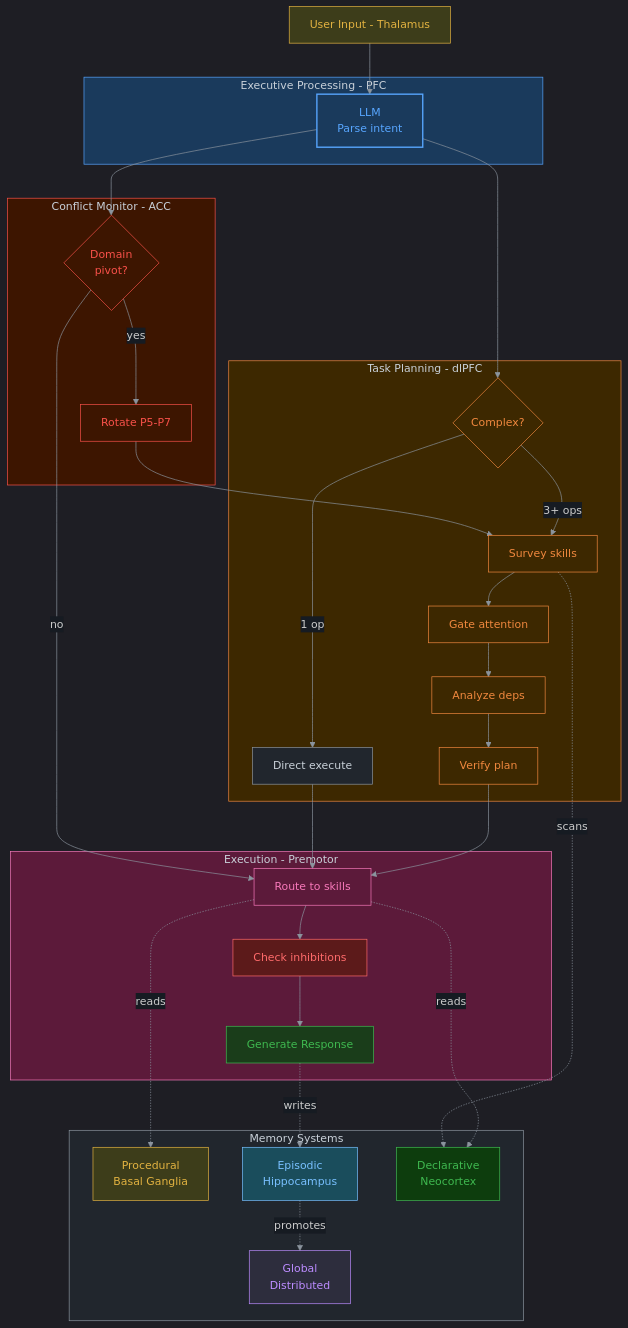
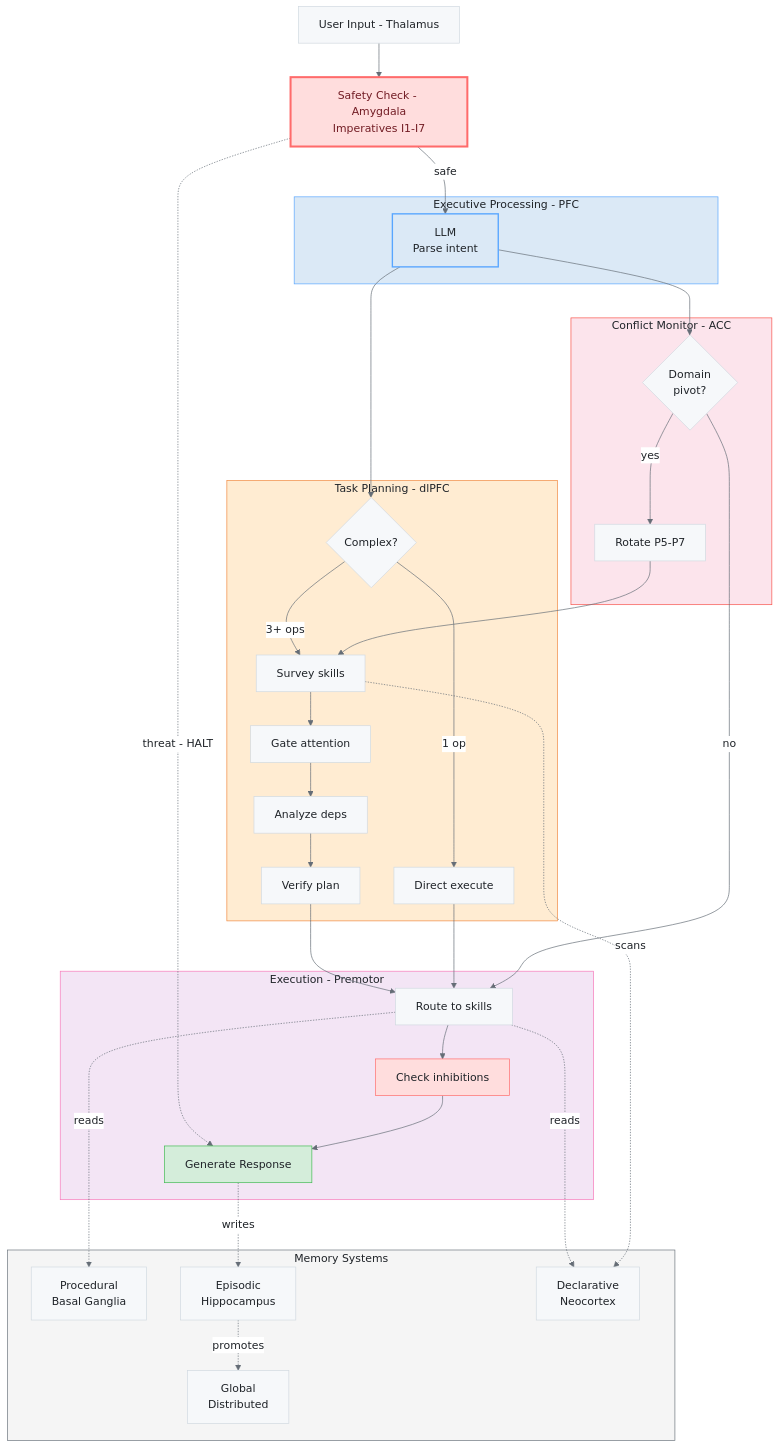
Before and after one commit to fabioc-aloha/Alex_Plug_In: the second of 3 diagrams in alex_docs/architecture/NEUROANATOMICAL-MAPPING.md, drawn with Mermaid. The commit also changed other lines of this file, not shown here.

First line of the commit message:
fix: revert Mermaid to readable light theme, add amygdala to diagrams

````diff
--- a/alex_docs/architecture/NEUROANATOMICAL-MAPPING.md
+++ b/alex_docs/architecture/NEUROANATOMICAL-MAPPING.md
@@ -402,77 +395,67 @@
 ```mermaid
-%%{init: {'theme': 'dark', 'themeVariables': { 'primaryColor': '#161b22', 'primaryTextColor': '#c9d1d9', 'primaryBorderColor': '#30363d', 'lineColor': '#8b949e', 'secondaryColor': '#21262d', 'tertiaryColor': '#0d1117', 'background': '#0d1117', 'mainBkg': '#161b22', 'nodeBorder': '#30363d', 'clusterBkg': '#161b22', 'clusterBorder': '#30363d', 'titleColor': '#f0f6fc', 'edgeLabelBackground': '#161b22'}}}%%
+%%{init: {'theme': 'base', 'themeVariables': { 'primaryColor': '#f6f8fa', 'primaryTextColor': '#1f2328', 'primaryBorderColor': '#d1d9e0', 'lineColor': '#656d76', 'secondaryColor': '#f6f8fa', 'tertiaryColor': '#ffffff', 'background': '#ffffff', 'mainBkg': '#f6f8fa', 'nodeBorder': '#d1d9e0', 'clusterBkg': '#f6f8fa', 'clusterBorder': '#d1d9e0', 'titleColor': '#1f2328', 'edgeLabelBackground': '#ffffff'}}}%%
 flowchart TB
     INPUT["User Input - Thalamus"]
+    SAFETY["Safety Check - Amygdala<br/>Imperatives I1-I7"]
 
     subgraph EXEC["Executive Processing - PFC"]
         LLM["LLM<br/>Parse intent"]
     end
 
     subgraph PLAN["Task Planning - dlPFC"]
         COMPLEX{"Complex?"}
         SSO_SURVEY["Survey skills"]
         SSO_GATE["Gate attention"]
         SSO_DEPS["Analyze deps"]
         SSO_VERIFY["Verify plan"]
         SIMPLE["Direct execute"]
     end
 
     subgraph MONITOR["Conflict Monitor - ACC"]
         PIVOT{"Domain<br/>pivot?"}
         SLOTS["Rotate P5-P7"]
     end
 
     subgraph EXECUTE["Execution - Premotor"]
         ROUTE["Route to skills"]
         INHIBIT["Check inhibitions"]
         OUTPUT["Generate Response"]
     end
 
     subgraph MEMORY["Memory Systems"]
         PROC["Procedural<br/>Basal Ganglia"]
         EPIS["Episodic<br/>Hippocampus"]
         DECL["Declarative<br/>Neocortex"]
         GLOB["Global<br/>Distributed"]
     end
 
-    INPUT --> LLM
+    INPUT --> SAFETY
+    SAFETY -->|"safe"| LLM
+    SAFETY -.->|"threat - HALT"| OUTPUT
     LLM --> COMPLEX
     COMPLEX -->|"3+ ops"| SSO_SURVEY --> SSO_GATE --> SSO_DEPS --> SSO_VERIFY --> ROUTE
     COMPLEX -->|"1 op"| SIMPLE --> ROUTE
     LLM --> PIVOT
     PIVOT -->|"yes"| SLOTS --> SSO_SURVEY
     PIVOT -->|"no"| ROUTE
     ROUTE --> INHIBIT --> OUTPUT
 
     ROUTE -.->|"reads"| PROC
     ROUTE -.->|"reads"| DECL
     SSO_SURVEY -.->|"scans"| DECL
     OUTPUT -.->|"writes"| EPIS
     EPIS -.->|"promotes"| GLOB
 
-    %% Region styles - Alex brain palette
-    style EXEC fill:#1a3a5c,stroke:#58a6ff,color:#c9d1d9
-    style PLAN fill:#3d2800,stroke:#f0883e,color:#c9d1d9
-    style MONITOR fill:#3d1500,stroke:#f85149,color:#c9d1d9
-    style EXECUTE fill:#5c1a3a,stroke:#f778ba,color:#c9d1d9
-    style MEMORY fill:#21262d,stroke:#8b949e,color:#c9d1d9
+    %% Cluster styles - light fills, Alex palette strokes
+    style EXEC fill:#dbe9f6,stroke:#58a6ff,color:#1f2328
+    style PLAN fill:#ffecd2,stroke:#f0883e,color:#1f2328
+    style MONITOR fill:#fce4ec,stroke:#f85149,color:#1f2328
+    style EXECUTE fill:#f3e5f5,stroke:#f778ba,color:#1f2328
+    style MEMORY fill:#f5f5f5,stroke:#6c757d,color:#1f2328
 
-    %% Node highlights
-    style INPUT fill:#3d3d1a,stroke:#e3b341,color:#e3b341
-    style LLM fill:#1a3a5c,stroke:#58a6ff,color:#58a6ff,stroke-width:2px
-    style COMPLEX fill:#3d2800,stroke:#f0883e,color:#f0883e
-    style SSO_SURVEY fill:#3d2800,stroke:#f0883e,color:#f0883e
-    style SSO_GATE fill:#3d2800,stroke:#f0883e,color:#f0883e
-    style SSO_DEPS fill:#3d2800,stroke:#f0883e,color:#f0883e
-    style SSO_VERIFY fill:#3d2800,stroke:#f0883e,color:#f0883e
-    style SIMPLE fill:#21262d,stroke:#8b949e,color:#c9d1d9
-    style PIVOT fill:#3d1500,stroke:#f85149,color:#f85149
-    style SLOTS fill:#3d1500,stroke:#f85149,color:#f85149
-    style ROUTE fill:#5c1a3a,stroke:#f778ba,color:#f778ba
-    style INHIBIT fill:#5c1a1a,stroke:#ff6b6b,color:#ff6b6b
-    style OUTPUT fill:#1a3d1a,stroke:#3fb950,color:#3fb950
-    style PROC fill:#3d3d1a,stroke:#e3b341,color:#e3b341
-    style EPIS fill:#1a4d5c,stroke:#79c0ff,color:#79c0ff
-    style DECL fill:#0d3d0d,stroke:#3fb950,color:#3fb950
-    style GLOB fill:#2d2d3d,stroke:#bc8cff,color:#bc8cff
+    %% Key node accents
+    style LLM fill:#dbe9f6,stroke:#58a6ff,color:#1f2328,stroke-width:2px
+    style SAFETY fill:#fdd,stroke:#ff6b6b,color:#721c24,stroke-width:3px
+    style INHIBIT fill:#fdd,stroke:#ff6b6b,color:#1f2328
+    style OUTPUT fill:#d4edda,stroke:#3fb950,color:#1f2328
 ```
````
